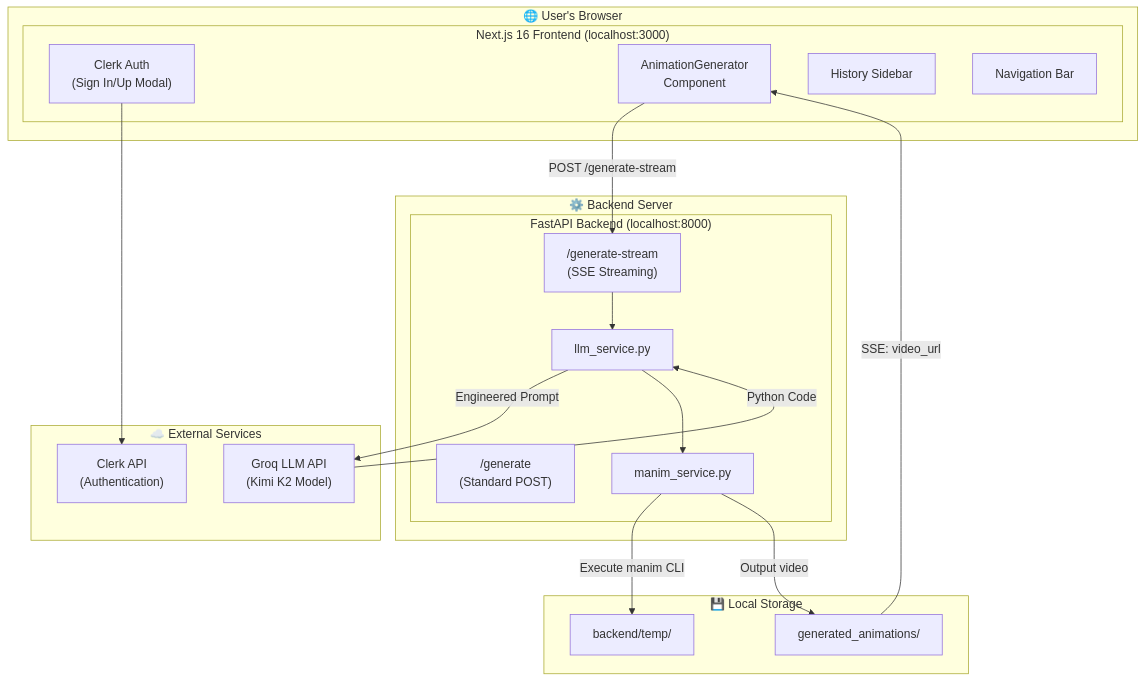
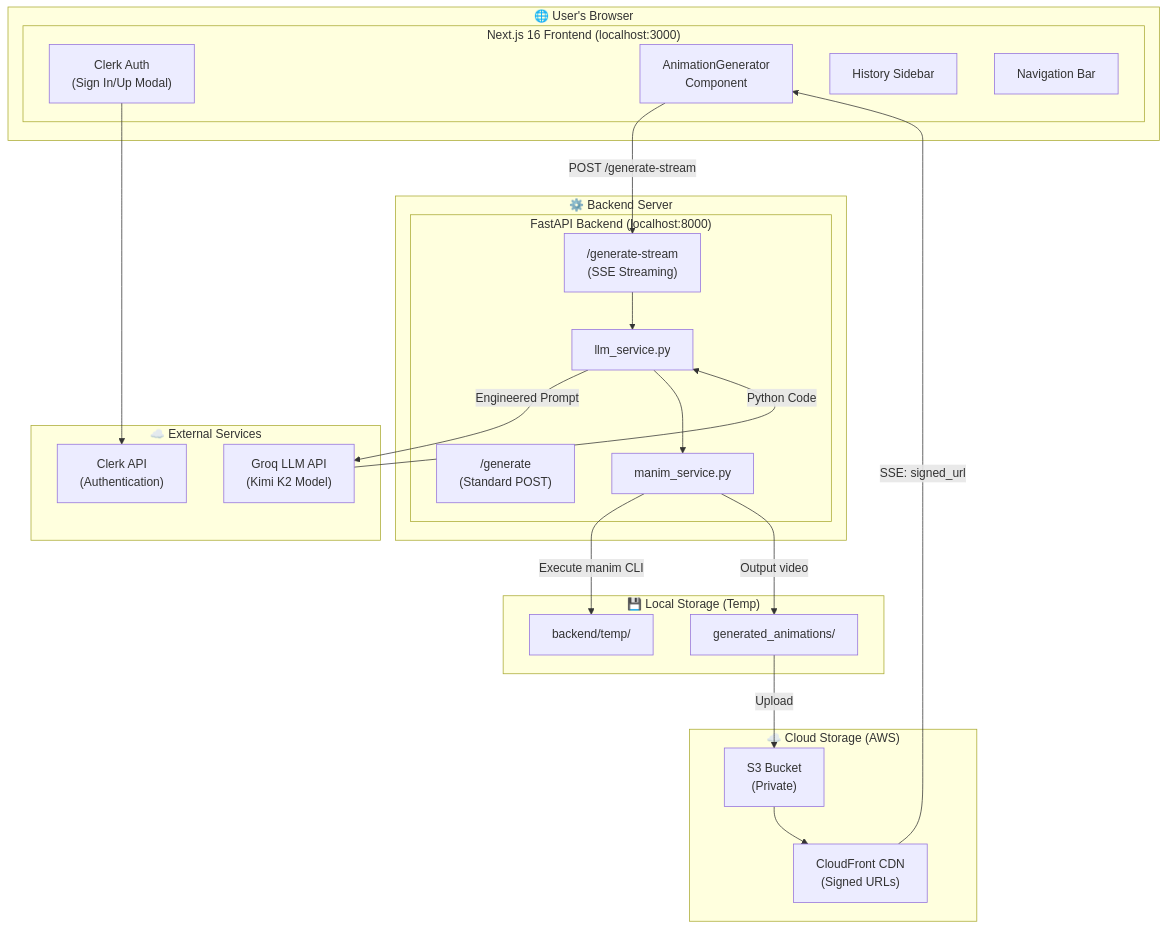
Before and after one commit to Aafimalek/prompt_to_animate: the first of 3 diagrams in README.md, drawn with Mermaid. The commit also changed other lines of this file and 4 other files, not shown here.

````diff
--- a/README.md
+++ b/README.md
@@ -64,40 +66,47 @@
 ```mermaid
 flowchart TB
     subgraph Browser["🌐 User's Browser"]
         subgraph Frontend["Next.js 16 Frontend (localhost:3000)"]
             Clerk["Clerk Auth<br/>(Sign In/Up Modal)"]
             UI["AnimationGenerator<br/>Component"]
             Sidebar["History Sidebar"]
             Navbar["Navigation Bar"]
         end
     end
     
     subgraph Server["⚙️ Backend Server"]
         subgraph FastAPI["FastAPI Backend (localhost:8000)"]
             API1["/generate<br/>(Standard POST)"]
             API2["/generate-stream<br/>(SSE Streaming)"]
             LLM["llm_service.py"]
             Manim["manim_service.py"]
         end
     end
     
     subgraph External["☁️ External Services"]
         Groq["Groq LLM API<br/>(Kimi K2 Model)"]
         ClerkAPI["Clerk API<br/>(Authentication)"]
     end
     
-    subgraph Storage["💾 Local Storage"]
+    subgraph Storage["☁️ Cloud Storage (AWS)"]
+        S3["S3 Bucket<br/>(Private)"]
+        CloudFront["CloudFront CDN<br/>(Signed URLs)"]
+    end
+    
+    subgraph LocalStorage["💾 Local Storage (Temp)"]
         Videos["generated_animations/"]
         Temp["backend/temp/"]
     end
     
     Clerk --> ClerkAPI
     UI -->|"POST /generate-stream"| API2
     API2 --> LLM
     LLM -->|"Engineered Prompt"| Groq
     Groq -->|"Python Code"| LLM
     LLM --> Manim
     Manim -->|"Execute manim CLI"| Temp
     Manim -->|"Output video"| Videos
-    Videos -->|"SSE: video_url"| UI
+    Videos -->|"Upload"| S3
+    S3 --> CloudFront
+    CloudFront -->|"SSE: signed_url"| UI
 ```
````
